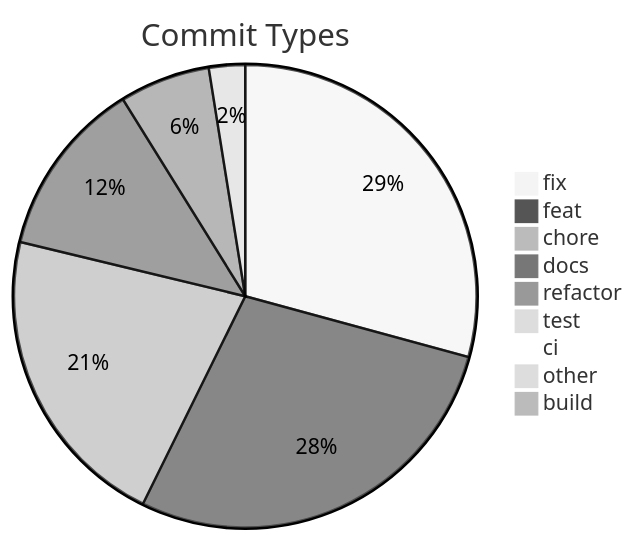
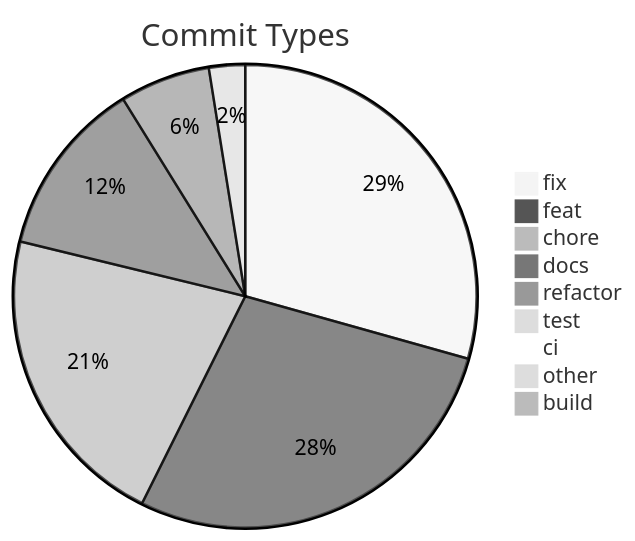
The diagram in .shipwright/compliance/change-history.md (svenroth-ai/shipwright), drawn with Mermaid (neutral theme) before and after one commit. The commit also changed other lines of this file and 46 other files, not shown here.

````diff
--- a/.shipwright/compliance/change-history.md
+++ b/.shipwright/compliance/change-history.md
@@ -8,12 +8,12 @@
 ```mermaid
 pie title Commit Types
-    "fix" : 347
+    "fix" : 349
     "feat" : 333
     "chore" : 255
     "docs" : 147
     "refactor" : 75
     "test" : 30
     "ci" : 11
     "other" : 9
     "build" : 1
 ```
````
